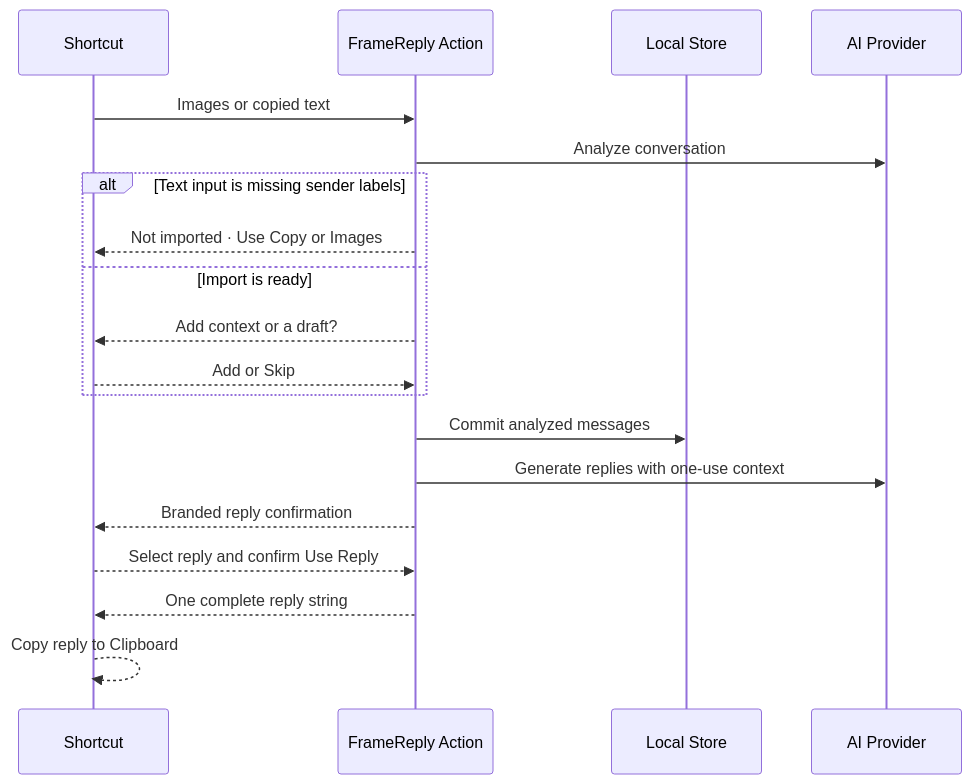
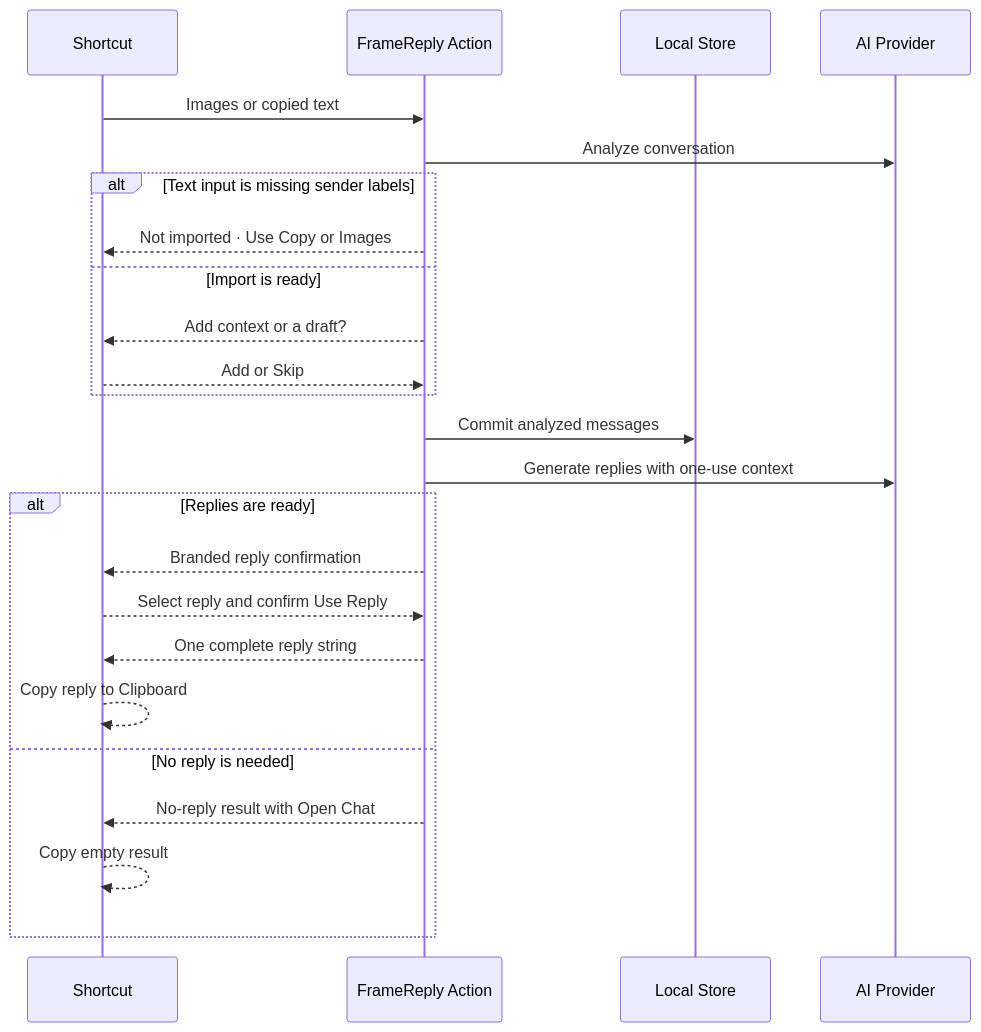
The diagram in docs/shortcuts.md (fanjin-z/framereply), drawn with Mermaid before and after one commit. The commit also changed other lines of this file and 5 other files, not shown here.

Commit message:
feat: add localized no-reply result to suggest replies shortcuts

````diff
--- a/docs/shortcuts.md
+++ b/docs/shortcuts.md
@@ -19,22 +19,27 @@
 ```mermaid
 sequenceDiagram
     participant Shortcut
     participant Action as FrameReply Action
     participant Store as Local Store
     participant Provider as AI Provider
 
     Shortcut->>Action: Images or copied text
     Action->>Provider: Analyze conversation
     alt Text input is missing sender labels
         Action-->>Shortcut: Not imported · Use Copy or Images
     else Import is ready
         Action-->>Shortcut: Add context or a draft?
         Shortcut-->>Action: Add or Skip
     end
     Action->>Store: Commit analyzed messages
     Action->>Provider: Generate replies with one-use context
-    Action-->>Shortcut: Branded reply confirmation
-    Shortcut-->>Action: Select reply and confirm Use Reply
-    Action-->>Shortcut: One complete reply string
-    Shortcut-->>Shortcut: Copy reply to Clipboard
+    alt Replies are ready
+        Action-->>Shortcut: Branded reply confirmation
+        Shortcut-->>Action: Select reply and confirm Use Reply
+        Action-->>Shortcut: One complete reply string
+        Shortcut-->>Shortcut: Copy reply to Clipboard
+    else No reply is needed
+        Action-->>Shortcut: No-reply result with Open Chat
+        Shortcut-->>Shortcut: Copy empty result
+    end
 ```
````
